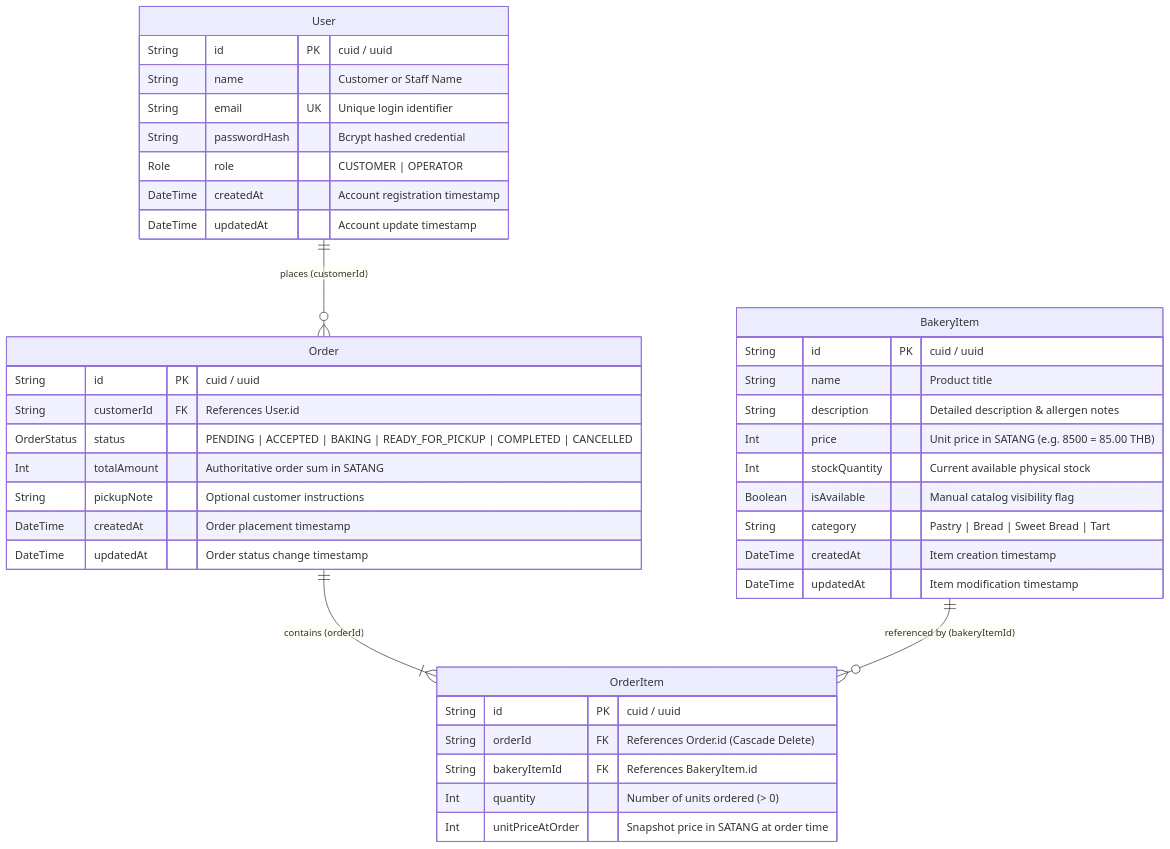
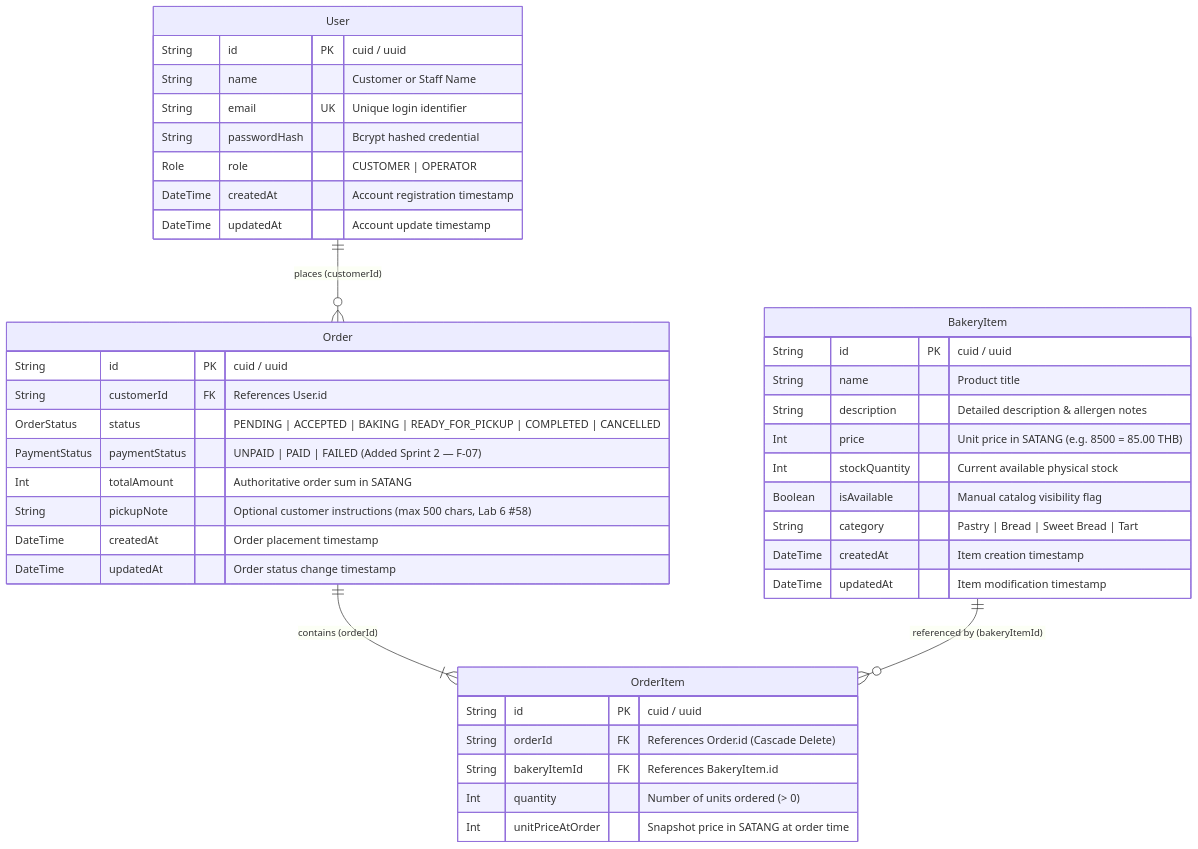
One commit to meebotsompurin-stack/crustcraft-bakery-order changed the second of 2 diagrams in docs/system-sds.md. Above: the diagram before and after it, drawn with Mermaid. The commit also changed other lines of this file and 17 other files, not shown here.

````diff
--- a/docs/system-sds.md
+++ b/docs/system-sds.md
@@ -190,46 +190,47 @@
 ```mermaid
 erDiagram
     User ||--o{ Order : "places (customerId)"
     Order ||--|{ OrderItem : "contains (orderId)"
     BakeryItem ||--o{ OrderItem : "referenced by (bakeryItemId)"
 
     User {
         String id PK "cuid / uuid"
         String name "Customer or Staff Name"
         String email UK "Unique login identifier"
         String passwordHash "Bcrypt hashed credential"
         Role role "CUSTOMER | OPERATOR"
         DateTime createdAt "Account registration timestamp"
         DateTime updatedAt "Account update timestamp"
     }
 
     BakeryItem {
         String id PK "cuid / uuid"
         String name "Product title"
         String description "Detailed description & allergen notes"
         Int price "Unit price in SATANG (e.g. 8500 = 85.00 THB)"
         Int stockQuantity "Current available physical stock"
         Boolean isAvailable "Manual catalog visibility flag"
         String category "Pastry | Bread | Sweet Bread | Tart"
         DateTime createdAt "Item creation timestamp"
         DateTime updatedAt "Item modification timestamp"
     }
 
     Order {
         String id PK "cuid / uuid"
         String customerId FK "References User.id"
         OrderStatus status "PENDING | ACCEPTED | BAKING | READY_FOR_PICKUP | COMPLETED | CANCELLED"
+        PaymentStatus paymentStatus "UNPAID | PAID | FAILED (Added Sprint 2 — F-07)"
         Int totalAmount "Authoritative order sum in SATANG"
-        String pickupNote "Optional customer instructions"
+        String pickupNote "Optional customer instructions (max 500 chars, Lab 6 #58)"
         DateTime createdAt "Order placement timestamp"
         DateTime updatedAt "Order status change timestamp"
     }
 
     OrderItem {
         String id PK "cuid / uuid"
         String orderId FK "References Order.id (Cascade Delete)"
         String bakeryItemId FK "References BakeryItem.id"
         Int quantity "Number of units ordered (> 0)"
         Int unitPriceAtOrder "Snapshot price in SATANG at order time"
     }
 ```
````
